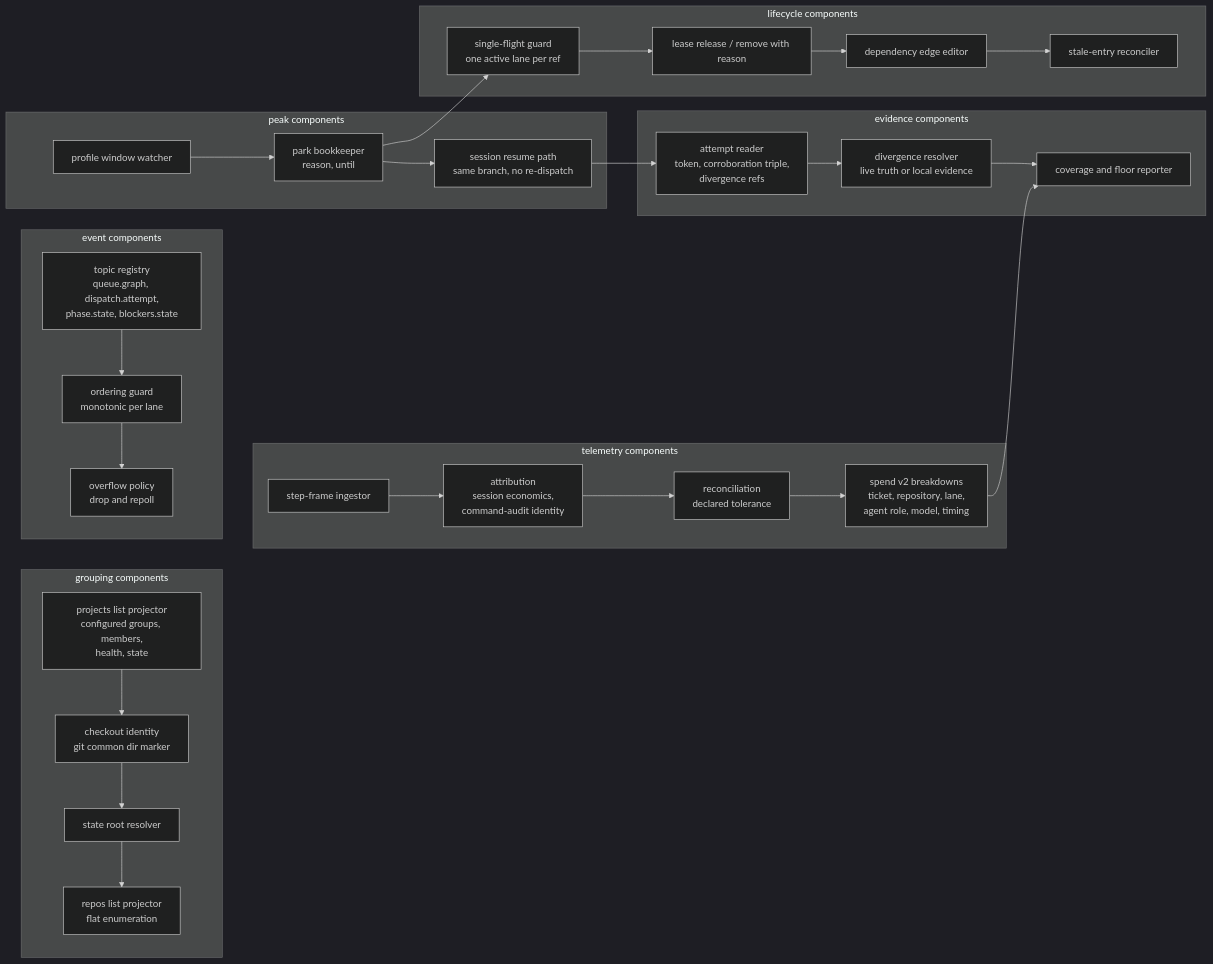
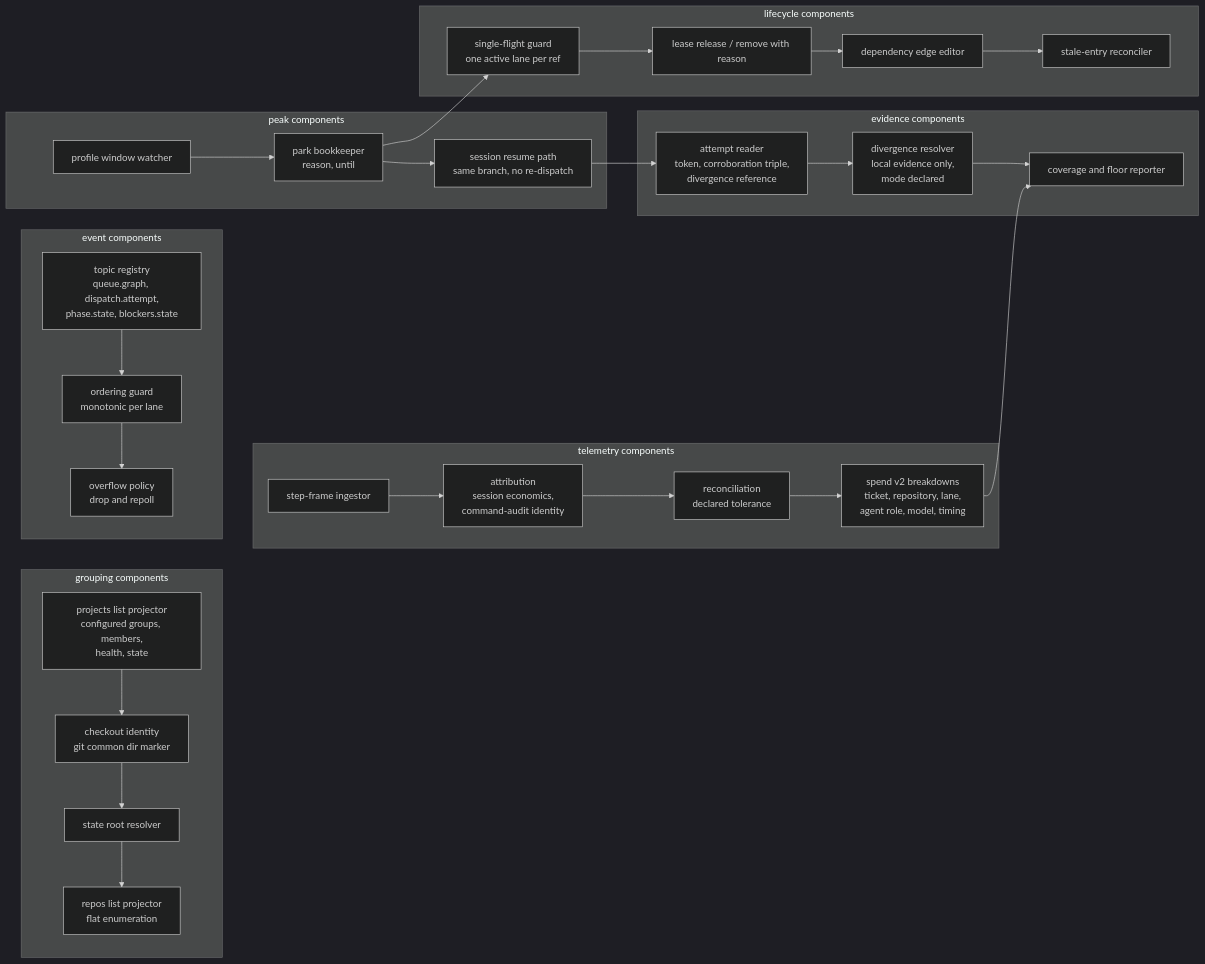
One commit to juliusz-cwiakalski/agentic-delivery-os changed the third of 11 diagrams in doc/planning/oss-tooling/milestones/m2/architecture.md. Above: the diagram before and after it, drawn with Mermaid (dark theme). The commit also changed other lines of this file and 14 other files, not shown here.

````diff
--- a/doc/planning/oss-tooling/milestones/m2/architecture.md
+++ b/doc/planning/oss-tooling/milestones/m2/architecture.md
@@ -110,47 +110,47 @@
 ```mermaid
 flowchart LR
     subgraph project [grouping components]
         IDENT[checkout identity<br/>git common dir marker]
         ROOT[state root resolver]
         LIST[repos list projector<br/>flat enumeration]
         GROUP[projects list projector<br/>configured groups, members,<br/>health, state]
     end
     subgraph evidence [evidence components]
-        ATTEMPT[attempt reader<br/>token, corroboration triple,<br/>divergence refs]
-        RESOLVE[divergence resolver<br/>live truth or local evidence]
+        ATTEMPT[attempt reader<br/>token, corroboration triple,<br/>divergence reference]
+        RESOLVE[divergence resolver<br/>local evidence only,<br/>mode declared]
         FLOOR[coverage and floor reporter]
     end
     subgraph events [event components]
         TOPICS[topic registry<br/>queue.graph, dispatch.attempt,<br/>phase.state, blockers.state]
         ORDER[ordering guard<br/>monotonic per lane]
         OVER[overflow policy<br/>drop and repoll]
     end
     subgraph telemetry [telemetry components]
         INGEST[step-frame ingestor]
         ATTR[attribution<br/>session economics,<br/>command-audit identity]
         RECON[reconciliation<br/>declared tolerance]
         BREAK[spend v2 breakdowns<br/>ticket, repository, lane,<br/>agent role, model, timing]
     end
     subgraph lifecycle [lifecycle components]
         REL[lease release / remove with reason]
         DEP[dependency edge editor]
         SINGLE[single-flight guard<br/>one active lane per ref]
         STALE[stale-entry reconciler]
     end
     subgraph peak [peak components]
         WATCH[profile window watcher]
         PARK[park bookkeeper<br/>reason, until]
         RESUME[session resume path<br/>same branch, no re-dispatch]
     end
     IDENT --> ROOT --> LIST
     GROUP --> IDENT
     ATTEMPT --> RESOLVE --> FLOOR
     TOPICS --> ORDER --> OVER
     INGEST --> ATTR --> RECON --> BREAK
     REL --> DEP --> STALE
     SINGLE --> REL
     WATCH --> PARK --> RESUME
     PARK --> SINGLE
     RESUME --> ATTEMPT
     BREAK --> FLOOR
 ```
````
